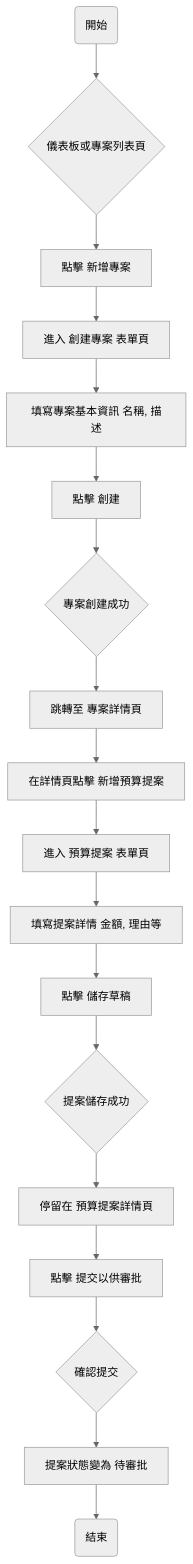
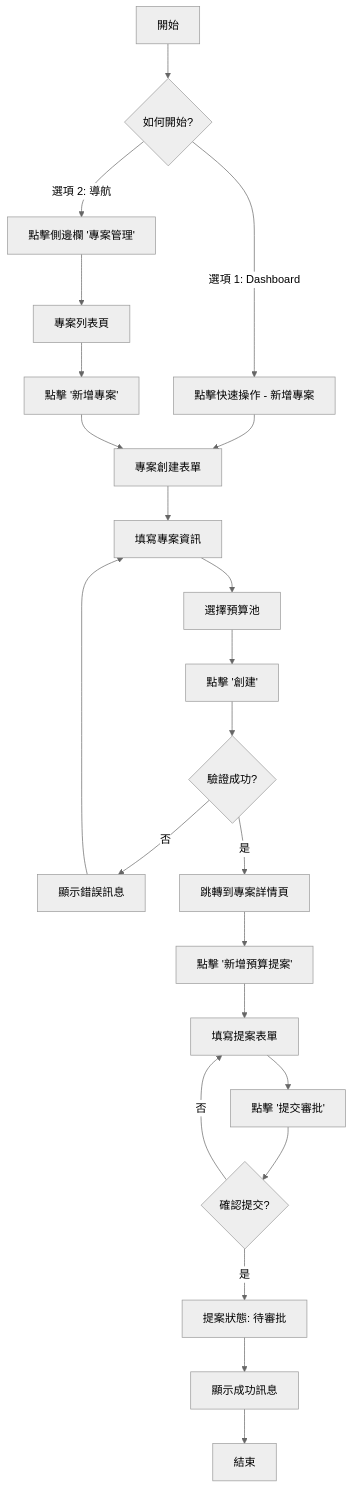
Before and after one commit to laitim2001/ai-it-project-process-management-webapp: the second of 2 diagrams in docs/front-end-spec.md, drawn with Mermaid (neutral theme). The commit also changed other lines of this file and 67 other files, not shown here.

````diff
--- a/docs/front-end-spec.md
+++ b/docs/front-end-spec.md
@@ -86,20 +141,31 @@
 ```mermaid
 graph TD
-    A(開始) --> B{儀表板或專案列表頁};
-    B --> C[點擊 新增專案];
-    C --> D[進入 創建專案 表單頁];
-    D --> E[填寫專案基本資訊 名稱, 描述];
-    E --> F[點擊 創建];
-    F --> G{專案創建成功};
-    G --> H[跳轉至 專案詳情頁];
-    H --> I[在詳情頁點擊 新增預算提案];
-    I --> J[進入 預算提案 表單頁];
-    J --> K[填寫提案詳情 金額, 理由等];
-    K --> L[點擊 儲存草稿];
-    L --> M{提案儲存成功};
-    M --> N[停留在 預算提案詳情頁];
-    N --> O[點擊 提交以供審批];
-    O --> P{確認提交};
-    P --> Q[提案狀態變為 待審批];
-    Q --> R(結束);
+    A[開始] --> B{如何開始?};
+    B -->|選項 1: Dashboard| C[點擊快速操作 - 新增專案];
+    B -->|選項 2: 導航| D[點擊側邊欄 '專案管理'];
+
+    D --> E[專案列表頁];
+    E --> F[點擊 '新增專案'];
+
+    C --> G[專案創建表單];
+    F --> G;
+
+    G --> H[填寫專案資訊];
+    H --> I[選擇預算池];
+    I --> J[點擊 '創建'];
+
+    J --> K{驗證成功?};
+    K -->|否| L[顯示錯誤訊息];
+    L --> H;
+    K -->|是| M[跳轉到專案詳情頁];
+
+    M --> N[點擊 '新增預算提案'];
+    N --> O[填寫提案表單];
+    O --> P[點擊 '提交審批'];
+
+    P --> Q{確認提交?};
+    Q -->|否| O;
+    Q -->|是| R[提案狀態: 待審批];
+    R --> S[顯示成功訊息];
+    S --> T[結束];
 ```
````
